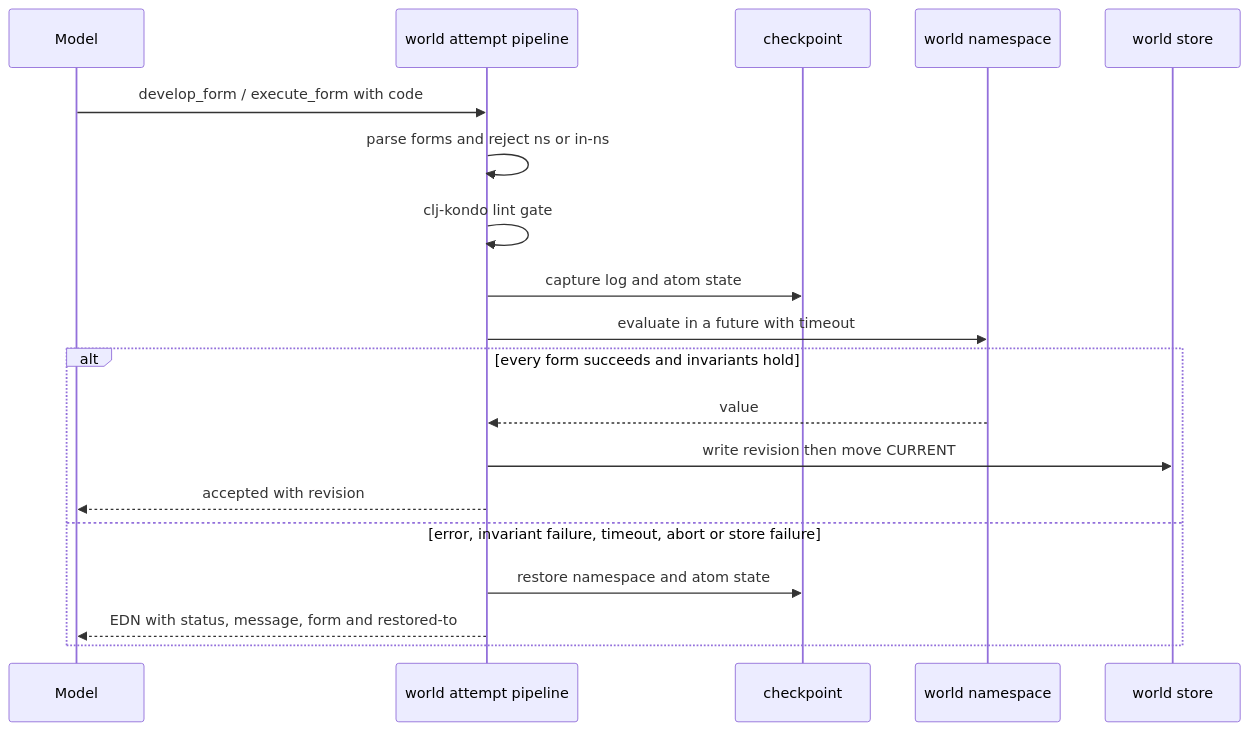
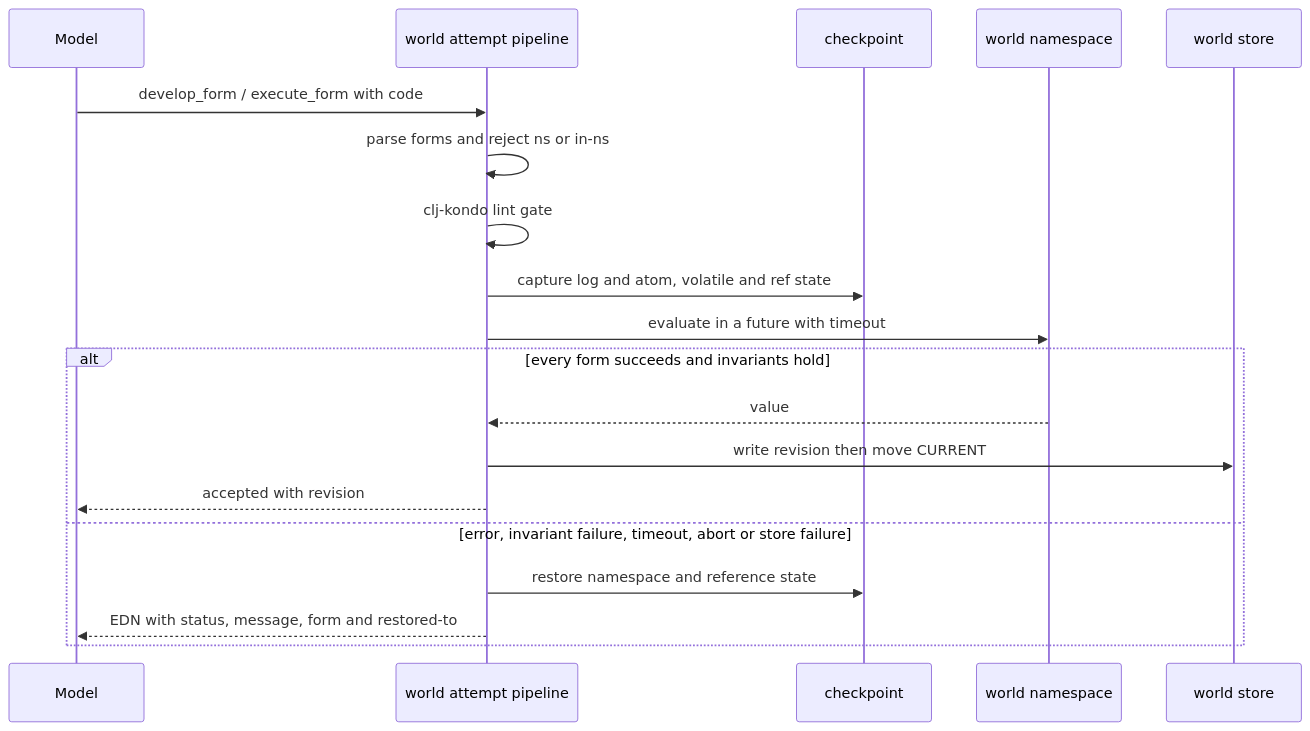
The second of 8 diagrams in SPEC.md (o3-cloud/bba), drawn with Mermaid before and after one commit. The commit also changed other lines of this file and 18 other files, not shown here.

````diff
--- a/SPEC.md
+++ b/SPEC.md
@@ -222,21 +223,21 @@
 ```mermaid
 sequenceDiagram
   participant M as Model
   participant T as world attempt pipeline
   participant C as checkpoint
   participant W as world namespace
   participant S as world store
   M->>T: develop_form / execute_form with code
   T->>T: parse forms and reject ns or in-ns
   T->>T: clj-kondo lint gate
-  T->>C: capture log and atom state
+  T->>C: capture log and atom, volatile and ref state
   T->>W: evaluate in a future with timeout
   alt every form succeeds and invariants hold
     W-->>T: value
     T->>S: write revision then move CURRENT
     T-->>M: accepted with revision
   else error, invariant failure, timeout, abort or store failure
-    T->>C: restore namespace and atom state
+    T->>C: restore namespace and reference state
     T-->>M: EDN with status, message, form and restored-to
   end
 ```
````
